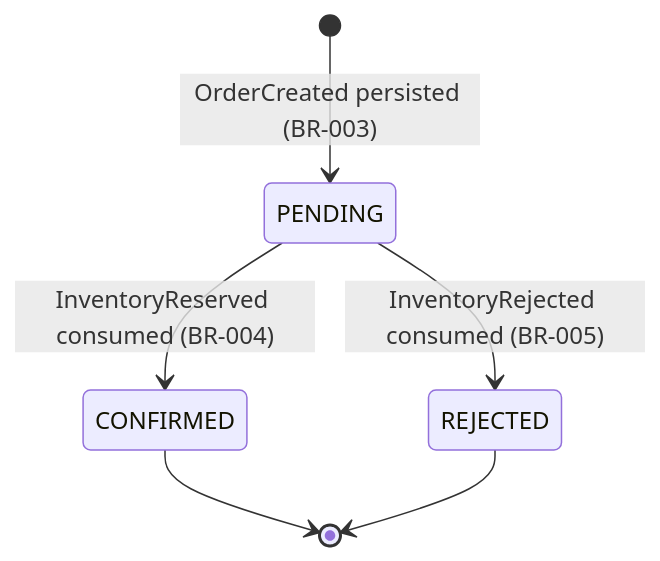
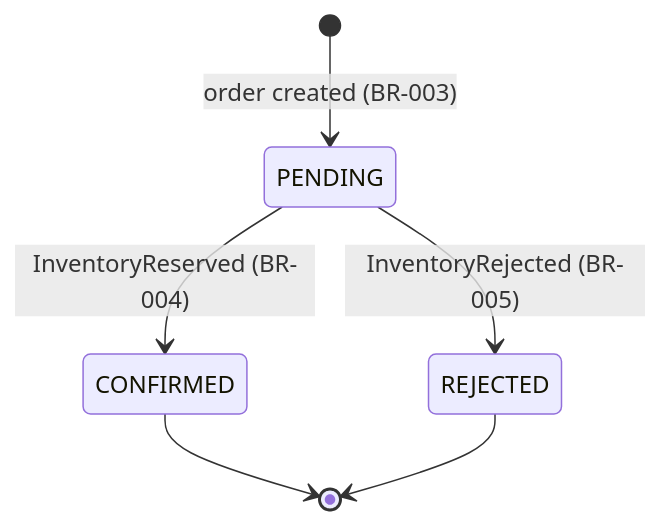
One commit to kaulinmindiola/Resilient-Order-Pipeline changed diagram 11 of 12 in docs/sdd.md. Above: the diagram before and after it, drawn with Mermaid. The commit also changed other lines of this file, not shown here.

Commit message:
docs: align SDD with the implementation and add sequence diagrams

````diff
--- a/docs/sdd.md
+++ b/docs/sdd.md
@@ -691,8 +564,8 @@
 ```mermaid
 stateDiagram-v2
-    [*] --> PENDING: OrderCreated persisted (BR-003)
-    PENDING --> CONFIRMED: InventoryReserved consumed (BR-004)
-    PENDING --> REJECTED: InventoryRejected consumed (BR-005)
+    [*] --> PENDING: order created (BR-003)
+    PENDING --> CONFIRMED: InventoryReserved (BR-004)
+    PENDING --> REJECTED: InventoryRejected (BR-005)
     CONFIRMED --> [*]
     REJECTED --> [*]
 ```
````
